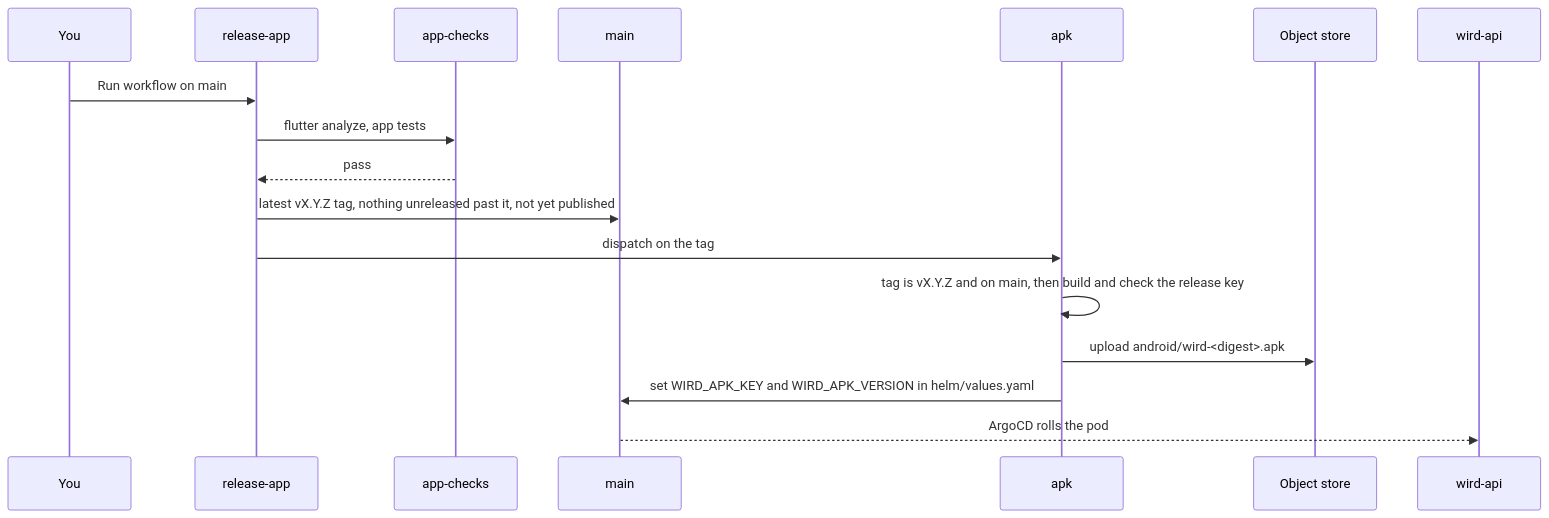
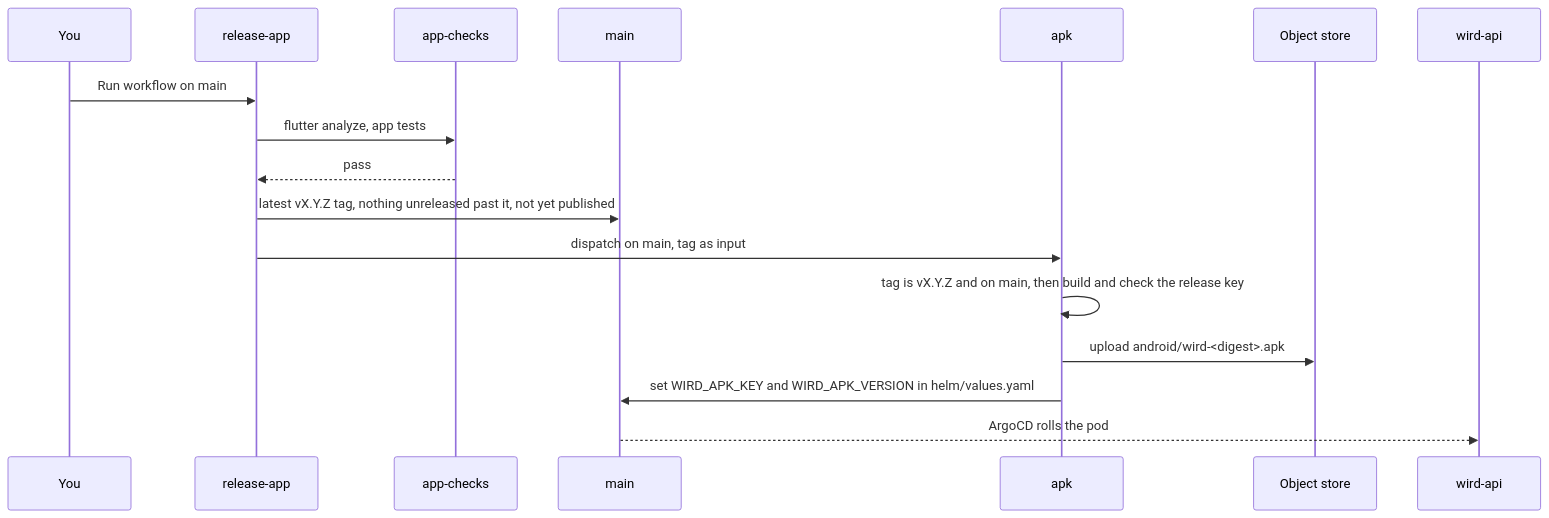
Before and after one commit to MohammadBnei/wird: the diagram in docs/guides/releasing-the-apk.md, drawn with Mermaid. The commit also changed other lines of this file and 11 other files, not shown here.

Commit message:
ci: release builds run main's workflow file, tag as an input (#67)

````diff
--- a/docs/guides/releasing-the-apk.md
+++ b/docs/guides/releasing-the-apk.md
@@ -5,20 +5,20 @@
 ```mermaid
 sequenceDiagram
   participant You
   participant RA as release-app
   participant AC as app-checks
   participant Main as main
   participant APK as apk
   participant OS as Object store
   participant API as wird-api
 
   You->>RA: Run workflow on main
   RA->>AC: flutter analyze, app tests
   AC-->>RA: pass
   RA->>Main: latest vX.Y.Z tag, nothing unreleased past it, not yet published
-  RA->>APK: dispatch on the tag
+  RA->>APK: dispatch on main, tag as input
   APK->>APK: tag is vX.Y.Z and on main, then build and check the release key
   APK->>OS: upload android/wird-<digest>.apk
   APK->>Main: set WIRD_APK_KEY and WIRD_APK_VERSION in helm/values.yaml
   Main-->>API: ArgoCD rolls the pod
 ```
````
